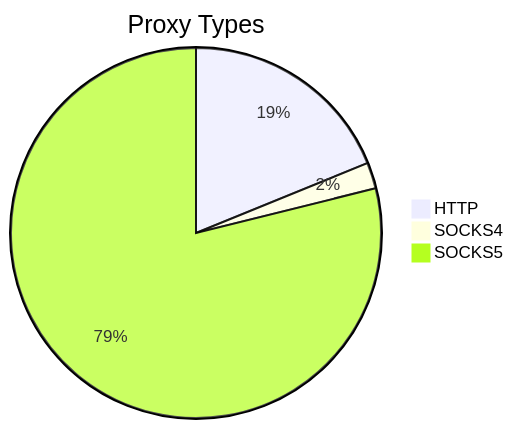
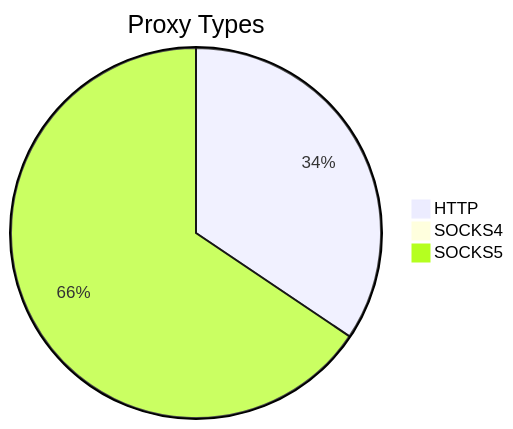
One commit to stormsia/proxy-list changed the first of 2 diagrams in README.md. Above: the diagram before and after it, drawn with Mermaid. The commit also changed other lines of this file, not shown here.

````diff
--- a/README.md
+++ b/README.md
@@ -21,6 +21,6 @@
 ```mermaid
 pie title Proxy Types
-    "HTTP" : 91
-    "SOCKS4" : 11
-    "SOCKS5" : 381
+    "HTTP" : 104
+    "SOCKS4" : 0
+    "SOCKS5" : 198
 ```
````
